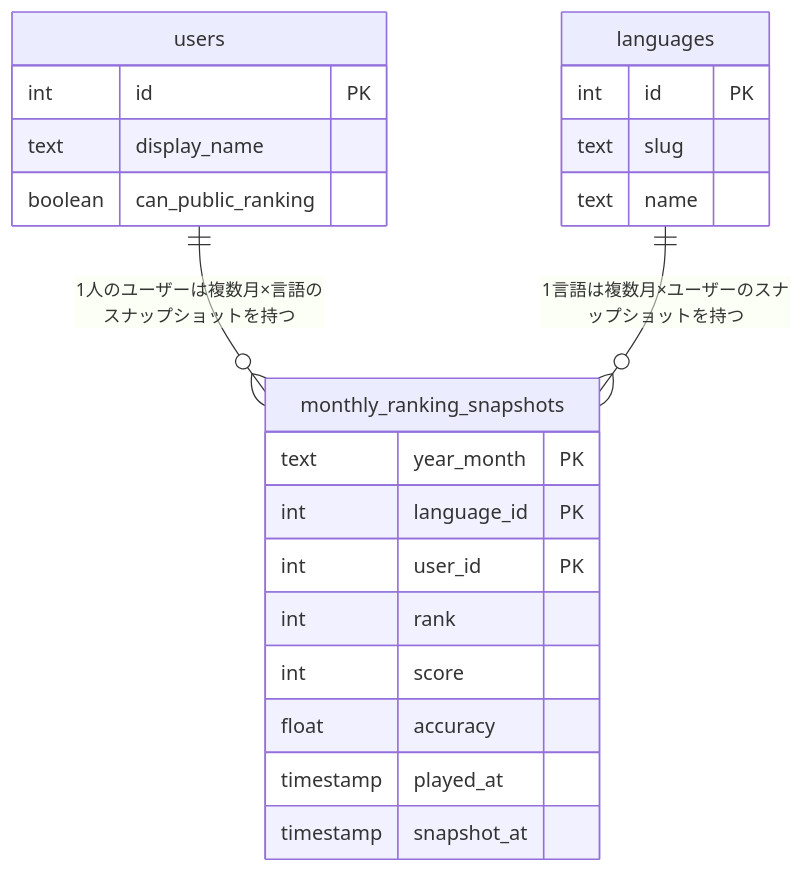
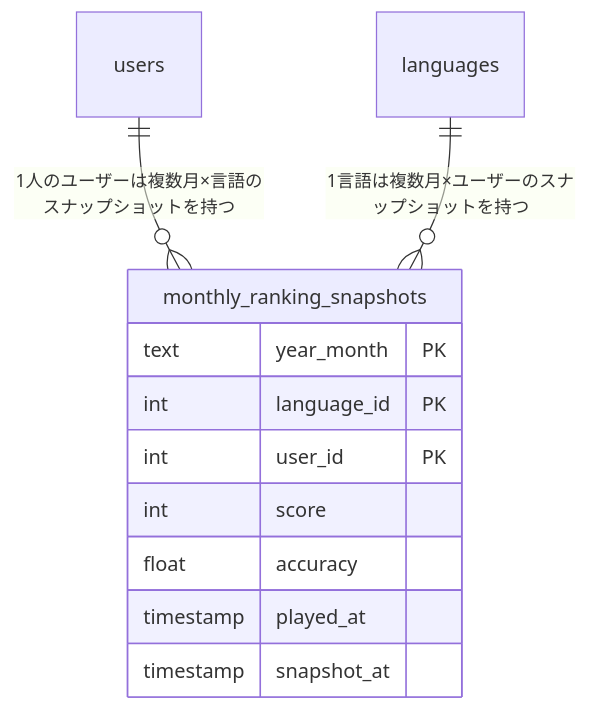
One commit to kentakki416/typing-royale changed the first of 3 diagrams in docs/spec/monthly-ranking/README.md. Above: the diagram before and after it, drawn with Mermaid. The commit also changed other lines of this file and 7 other files, not shown here.

````diff
--- a/docs/spec/monthly-ranking/README.md
+++ b/docs/spec/monthly-ranking/README.md
@@ -208,26 +206,15 @@
 ```mermaid
 erDiagram
     users ||--o{ monthly_ranking_snapshots : "1人のユーザーは複数月×言語のスナップショットを持つ"
     languages ||--o{ monthly_ranking_snapshots : "1言語は複数月×ユーザーのスナップショットを持つ"
 
     monthly_ranking_snapshots {
         text year_month PK
         int language_id PK
         int user_id PK
-        int rank
         int score
         float accuracy
         timestamp played_at
         timestamp snapshot_at
     }
-    users {
-        int id PK
-        text display_name
-        boolean can_public_ranking
-    }
-    languages {
-        int id PK
-        text slug
-        text name
-    }
 ```
````
